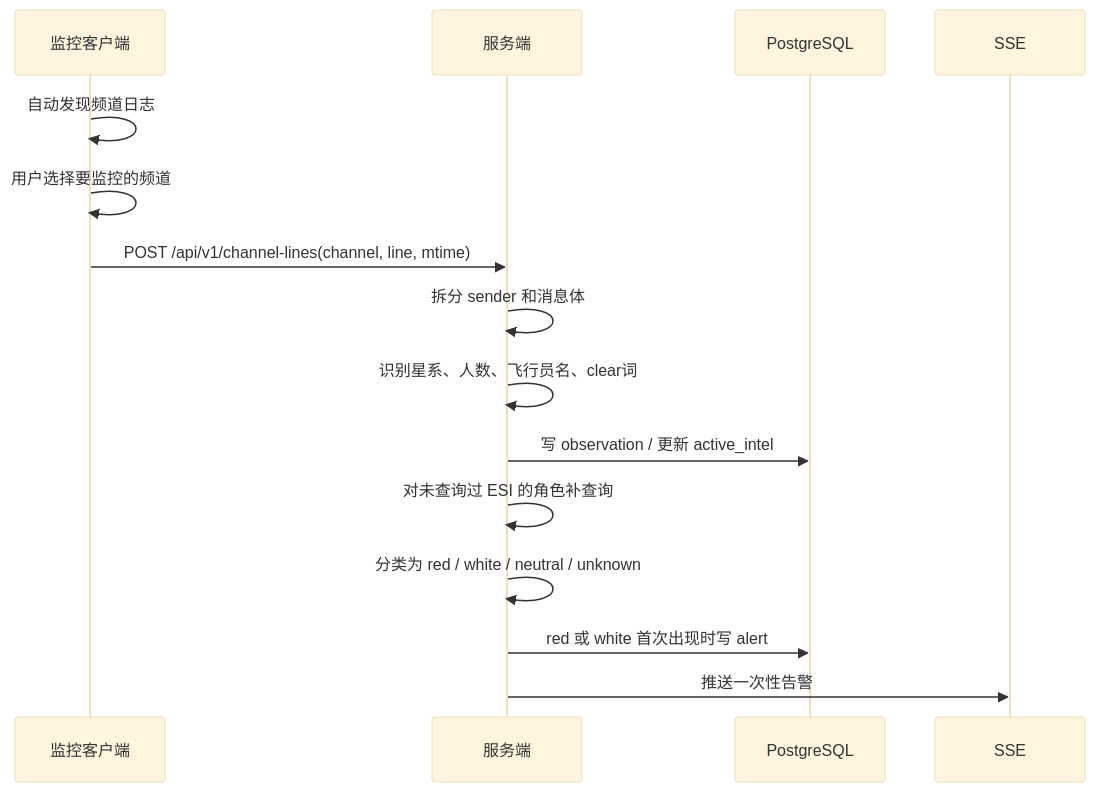
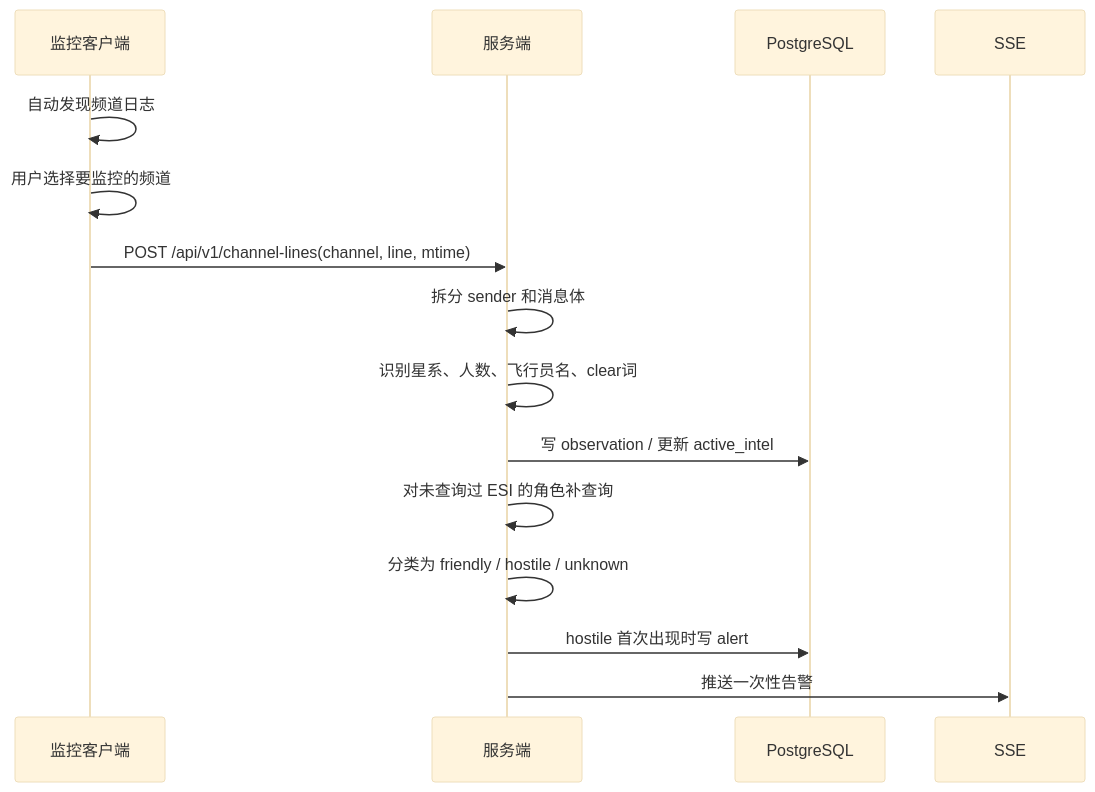
The third of 7 diagrams in docs/intel-workflows.md (xiaqijun/eve-sentry), drawn with Mermaid (base theme) before and after one commit. The commit also changed other lines of this file and 9 other files, not shown here.

````diff
--- a/docs/intel-workflows.md
+++ b/docs/intel-workflows.md
@@ -79,18 +81,18 @@
 ```mermaid
 sequenceDiagram
   participant C as 监控客户端
   participant S as 服务端
   participant DB as PostgreSQL
   participant P as SSE
 
   C->>C: 自动发现频道日志
   C->>C: 用户选择要监控的频道
   C->>S: POST /api/v1/channel-lines(channel, line, mtime)
   S->>S: 拆分 sender 和消息体
   S->>S: 识别星系、人数、飞行员名、clear词
   S->>DB: 写 observation / 更新 active_intel
   S->>S: 对未查询过 ESI 的角色补查询
-  S->>S: 分类为 red / white / neutral / unknown
-  S->>DB: red 或 white 首次出现时写 alert
+  S->>S: 分类为 friendly / hostile / unknown
+  S->>DB: hostile 首次出现时写 alert
   S->>P: 推送一次性告警
 ```
````
